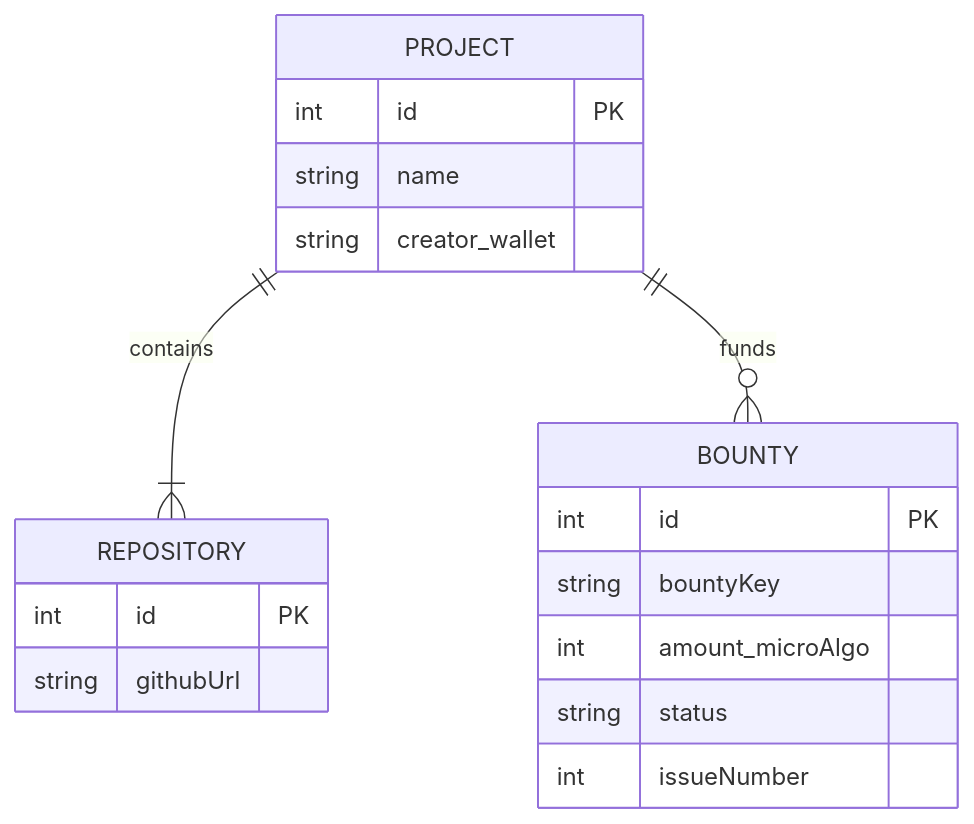
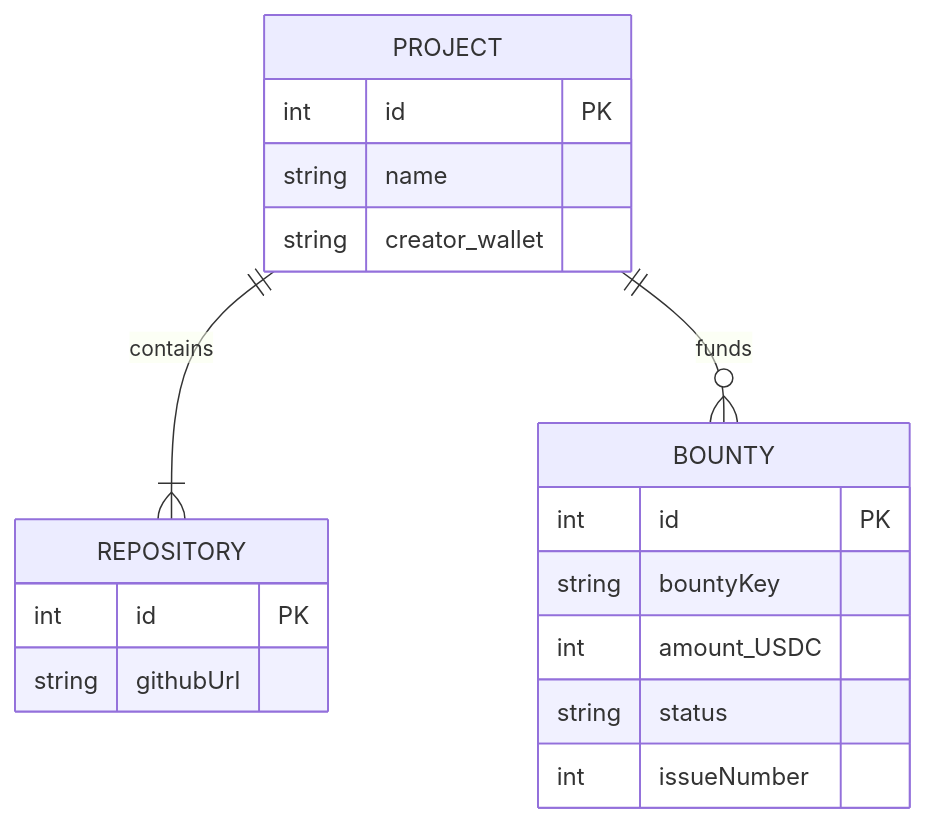
Before and after one commit to p2arthur/wesource-test-bounties: the third of 3 diagrams in docs/CAPSTONE_MILESTONE_2_PRESENTATION.md, drawn with Mermaid. The commit also changed other lines of this file, not shown here.

````diff
--- a/docs/CAPSTONE_MILESTONE_2_PRESENTATION.md
+++ b/docs/CAPSTONE_MILESTONE_2_PRESENTATION.md
@@ -93,24 +93,24 @@
 ```mermaid
 erDiagram
   PROJECT ||--|{ REPOSITORY : "contains"
   PROJECT ||--o{ BOUNTY : "funds"
 
   REPOSITORY {
     int id PK
     string githubUrl
   }
 
   PROJECT {
     int id PK
     string name
     string creator_wallet
   }
 
   BOUNTY {
     int id PK
     string bountyKey
-    int amount_microAlgo
+    int amount_USDC
     string status
     int issueNumber
   }
 ```
````
